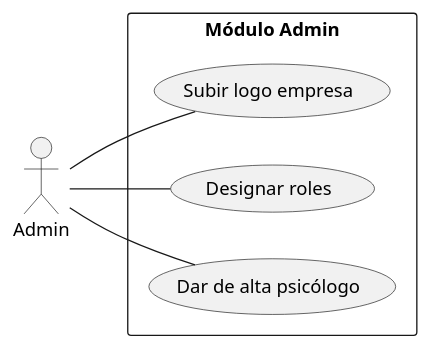
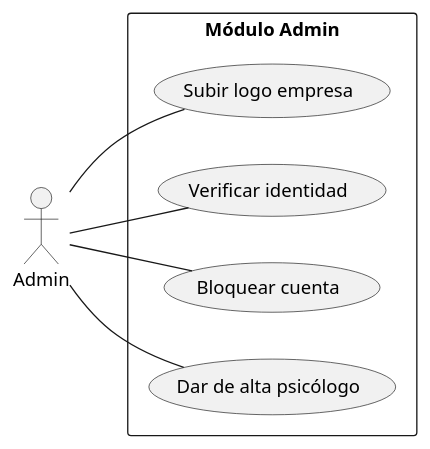
The diagram in Casos_de_usos/diagrama_caso_uso_admin.puml (Sembrem-prj/base), drawn with PlantUML before and after one commit.

Commit message:
docs: nuevos casos de uso admin

```diff
--- a/Casos_de_usos/diagrama_caso_uso_admin.puml
+++ b/Casos_de_usos/diagrama_caso_uso_admin.puml
@@ -1,12 +1,13 @@
 @startuml Admin
 left to right direction
 
 actor Admin as ad
 
 rectangle "Módulo Admin" {
 ad -- (Subir logo empresa)
-ad -- (Designar roles)
+ad -- (Verificar identidad)
+ad -- (Bloquear cuenta)
 ad -- (Dar de alta psicólogo)
 }
 
 @enduml
```
